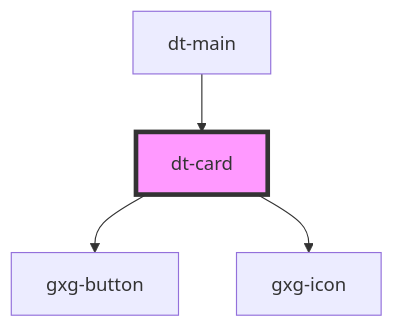
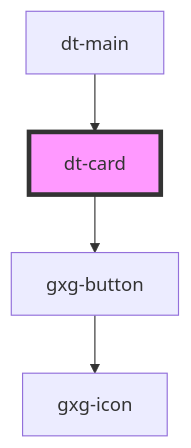
One commit to genexuslabs/design-tokens-editor changed the diagram in src/components/card/readme.md. Above: the diagram before and after it, drawn with Mermaid. The commit also changed other lines of this file and 89 other files, not shown here.

````diff
--- a/src/components/card/readme.md
+++ b/src/components/card/readme.md
@@ -47,7 +46,7 @@
 ```mermaid
 graph TD;
   dt-card --> gxg-button
-  dt-card --> gxg-icon
+  gxg-button --> gxg-icon
   dt-main --> dt-card
   style dt-card fill:#f9f,stroke:#333,stroke-width:4px
 ```
````
